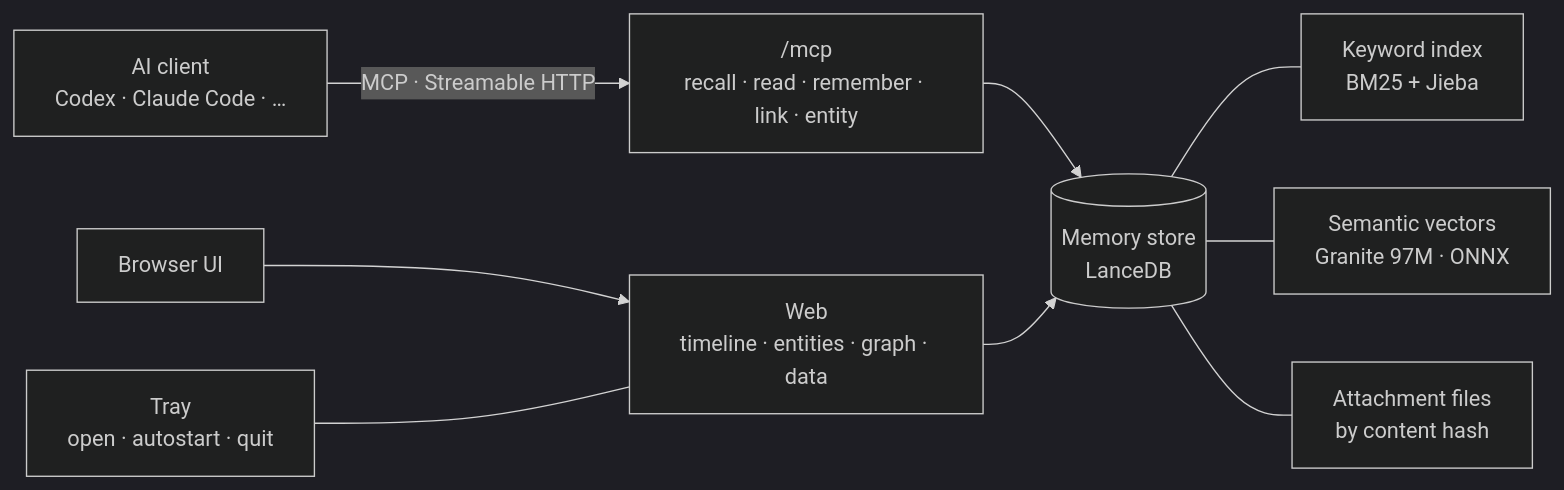
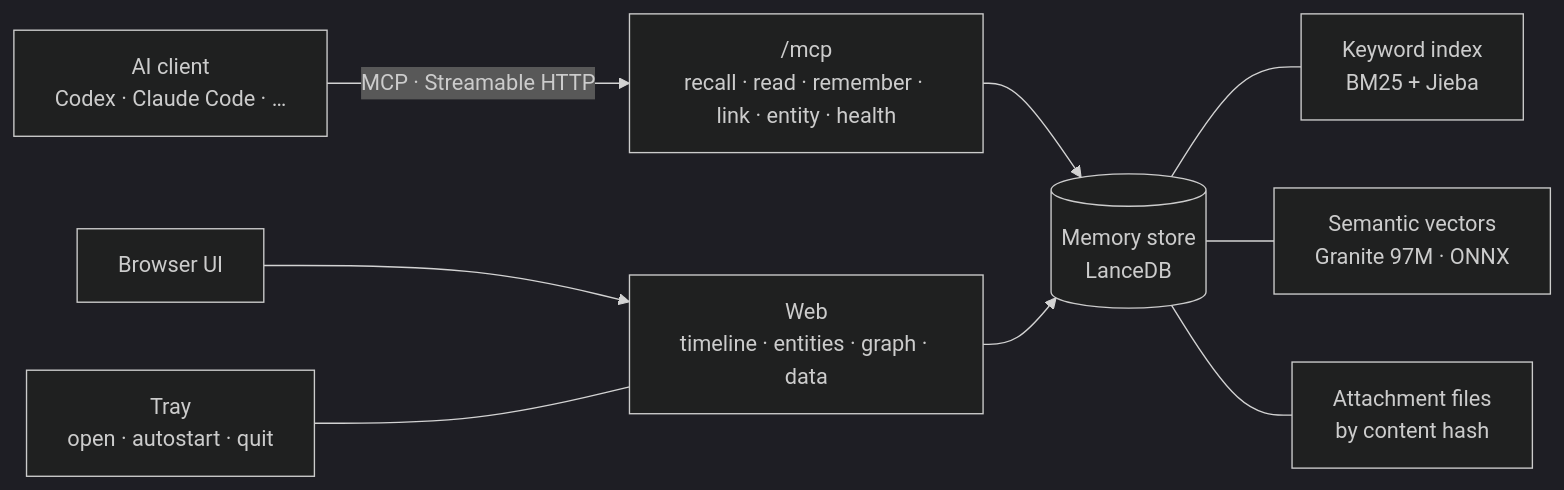
The diagram in README.en.md (danchar12138/recallport), drawn with Mermaid (dark theme) before and after one commit. The commit also changed other lines of this file and 26 other files, not shown here.

Commit message:
feat: v0.5.0 检索会说没找到、多说法检索、更正折叠、health 与会话摘要、备份带向量、自动备份、概览日历与更正时间线、实体图分组

````diff
--- a/README.en.md
+++ b/README.en.md
@@ -144,11 +146,11 @@
 ```mermaid
 flowchart LR
-  C["AI client<br/>Codex · Claude Code · …"] -- "MCP · Streamable HTTP" --> M["/mcp<br/>recall · read · remember · link · entity"]
+  C["AI client<br/>Codex · Claude Code · …"] -- "MCP · Streamable HTTP" --> M["/mcp<br/>recall · read · remember · link · entity · health"]
   B["Browser UI"] --> W["Web<br/>timeline · entities · graph · data"]
   T["Tray<br/>open · autostart · quit"] --- W
   M --> S[("Memory store<br/>LanceDB")]
   W --> S
   S --- K["Keyword index<br/>BM25 + Jieba"]
   S --- V["Semantic vectors<br/>Granite 97M · ONNX"]
   S --- F["Attachment files<br/>by content hash"]
 ```
````
